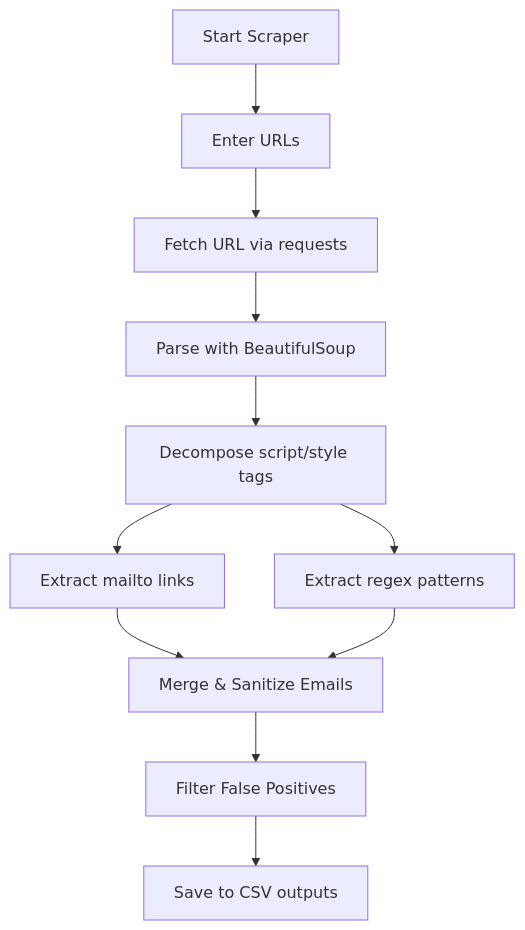
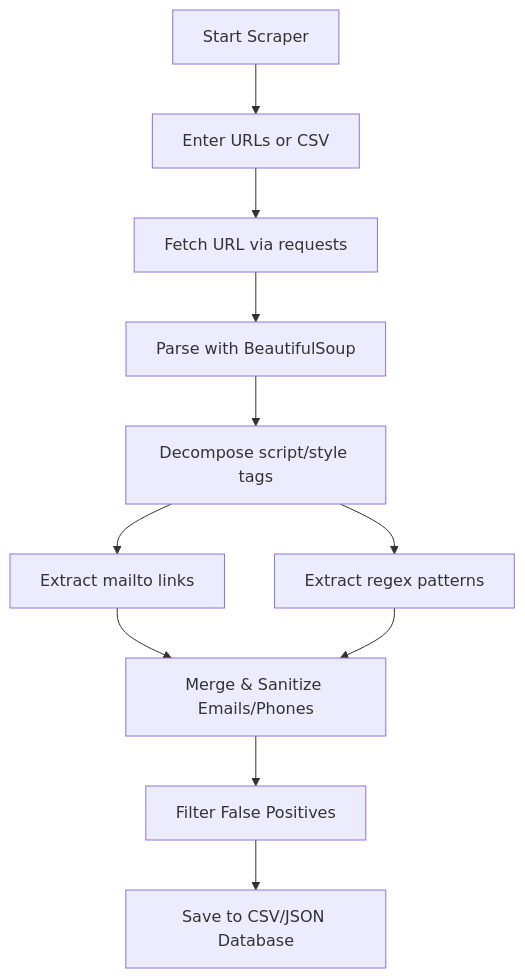
Before and after one commit to RayanYasserOUAN/Email-Web-Scraper: the diagram in README.md, drawn with Mermaid. The commit also changed other lines of this file and 4 other files, not shown here.

````diff
--- a/README.md
+++ b/README.md
@@ -69,13 +115,13 @@
 ```mermaid
 graph TD
-    A[Start Scraper] --> B[Enter URLs]
+    A[Start Scraper] --> B[Enter URLs or CSV]
     B --> C[Fetch URL via requests]
     C --> D[Parse with BeautifulSoup]
     D --> E[Decompose script/style tags]
     E --> F[Extract mailto links]
     E --> G[Extract regex patterns]
-    F --> H[Merge & Sanitize Emails]
+    F --> H[Merge & Sanitize Emails/Phones]
     G --> H
     H --> I[Filter False Positives]
-    I --> J[Save to CSV outputs]
+    I --> J[Save to CSV/JSON Database]
 ```
````
